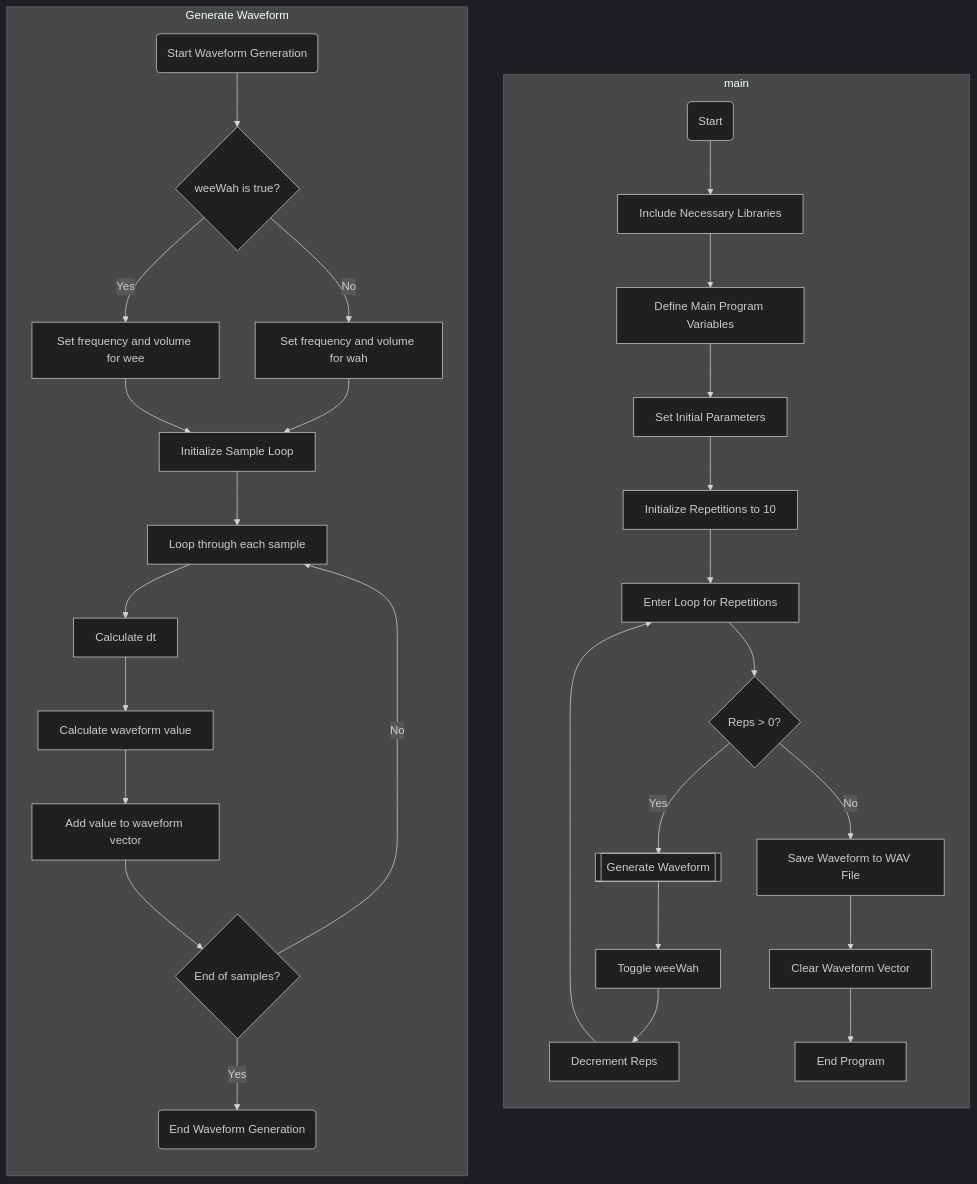
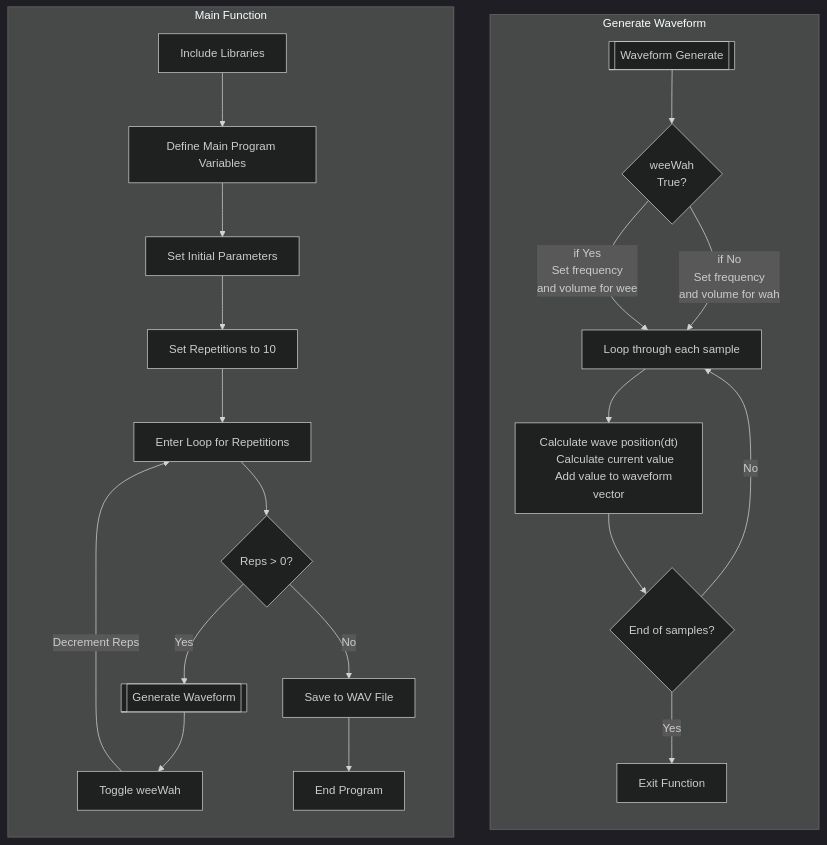
The diagram in gptOutforComp.md (brolonium210/ENGR101_MD), drawn with Mermaid (dark theme) before and after one commit.

````diff
--- a/gptOutforComp.md
+++ b/gptOutforComp.md
@@ -1,37 +1,35 @@
 ```mermaid
 graph
-direction LR
+subgraph Generate Waveform
+  direction TB
+    AA[[Waveform Generate]] --> BB{"weeWah 
+    True?"};
+    BB -->|"if Yes 
+    Set frequency 
+    and volume for wee"| FF;
+    BB -->|"if No 
+    Set frequency 
+    and volume for wah"| FF[Loop through each sample];
+    FF --> GG["Calculate wave position(dt)
+    Calculate current value
+    Add value to waveform vector"];
+    GG --> JJ{End of samples?};
+    JJ -->|No| FF;
+    JJ -->|Yes|MM[Exit Function]
+    
+  end
 
-subgraph main
+subgraph Main Function
   direction TB
-  A(Start) --> B[Include Necessary Libraries];
-    B --> C[Define Main Program Variables];
+    B[Include Libraries] --> C[Define Main Program Variables];
     C --> D[Set Initial Parameters];
-    D --> E[Initialize Repetitions to 10];
+    D --> E[Set Repetitions to 10];
     E --> F[Enter Loop for Repetitions];
     F --> G{Reps > 0?};
     G -->|Yes| H[[Generate Waveform]];
-    G -->|No| I[Save Waveform to WAV File];
+    G -->|No| I[Save to WAV File];
     H --> J[Toggle weeWah];
-    J --> K[Decrement Reps];
-    K --> F;
-    I --> L[Clear Waveform Vector];
-    L --> M[End Program];
-  end
-
-subgraph Generate Waveform
-  direction TB
-    AA(Start Waveform Generation) --> BB{weeWah is true?};
-    BB -->|Yes| CC[Set frequency and volume for wee];
-    BB -->|No| DD[Set frequency and volume for wah];
-    CC --> EE[Initialize Sample Loop];
-    DD --> EE;
-    EE --> FF[Loop through each sample];
-    FF --> GG[Calculate dt];
-    GG --> HH[Calculate waveform value];
-    HH --> II[Add value to waveform vector];
-    II --> JJ{End of samples?};
-    JJ -->|Yes| KK(End Waveform Generation);
-    JJ -->|No| FF;
+    J -->|"Decrement Reps"| F;
+    I --> M[End Program];
   end
 ```
````
